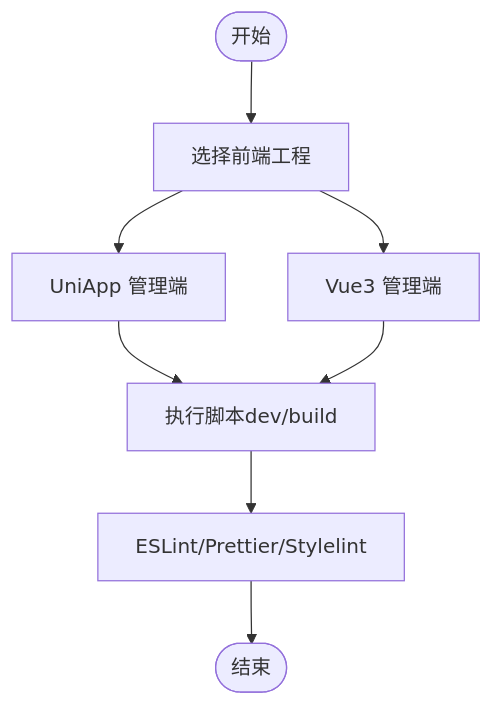
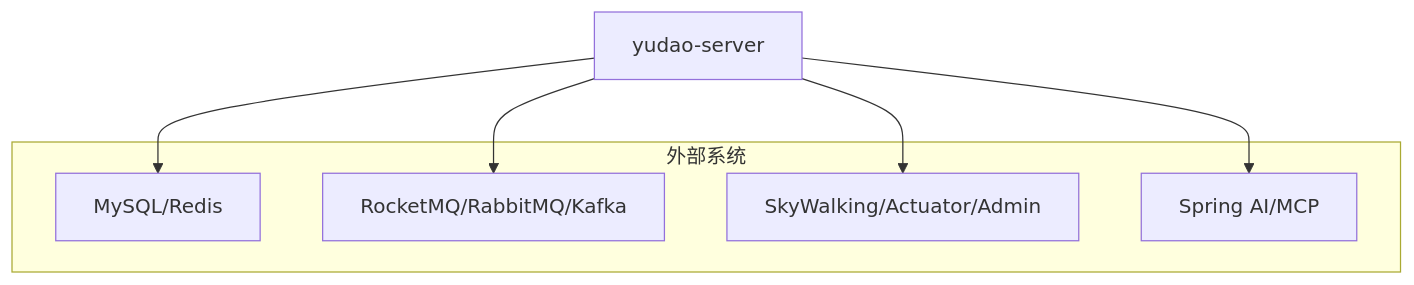
One commit to zhuangpengLI/AgenticCPS changed the seventh of 7 diagrams in .qoder/repowiki/zh/content/开发指南/开发指南.md. Above: the diagram before and after it, drawn with Mermaid. The commit also changed other lines of this file and 293 other files, not shown here.

````diff
--- a/.qoder/repowiki/zh/content/开发指南/开发指南.md
+++ b/.qoder/repowiki/zh/content/开发指南/开发指南.md
@@ -153,10 +246,13 @@
 ```mermaid
-flowchart TD
-Start(["开始"]) --> ChooseFE["选择前端工程"]
-ChooseFE --> UniApp["UniApp 管理端"]
-ChooseFE --> Vue3["Vue3 管理端"]
-UniApp --> Scripts["执行脚本dev/build"]
-Vue3 --> Scripts
-Scripts --> Quality["ESLint/Prettier/Stylelint"]
-Quality --> End(["结束"])
+graph TB
+subgraph "外部系统"
+DB["MySQL/Redis"]
+MQ["RocketMQ/RabbitMQ/Kafka"]
+Monitor["SkyWalking/Actuator/Admin"]
+AI["Spring AI/MCP"]
+end
+Server["yudao-server"] --> DB
+Server --> MQ
+Server --> Monitor
+Server --> AI
 ```
````
